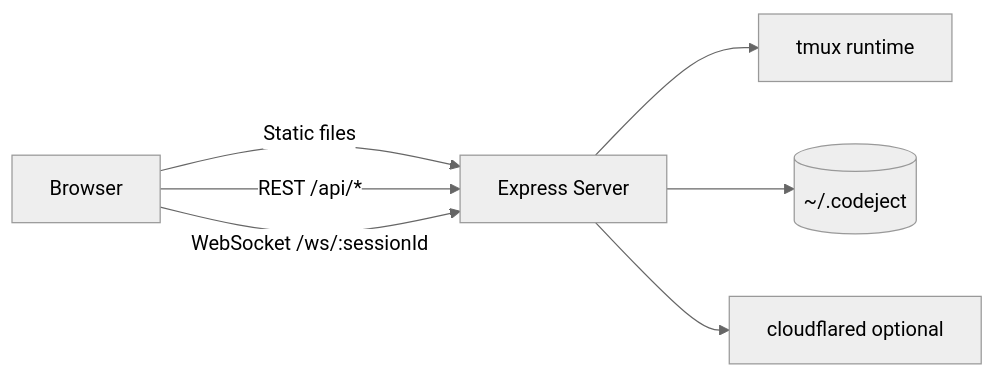
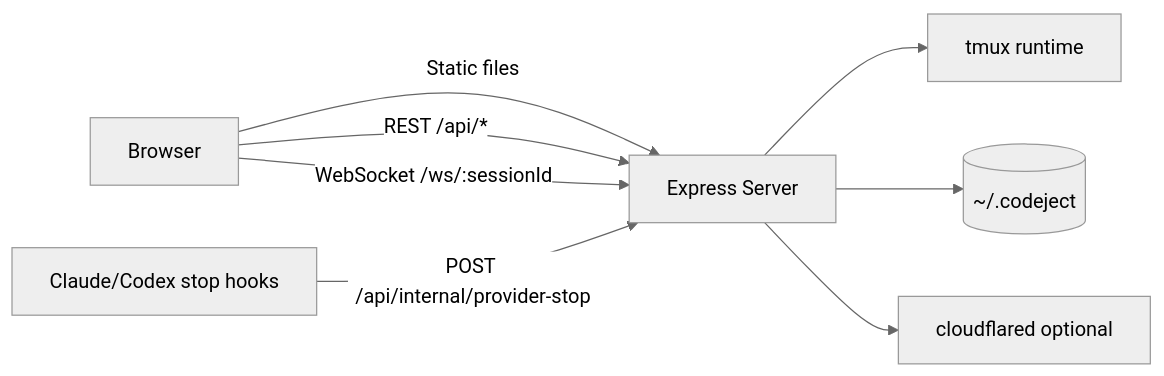
Before and after one commit to bruksama/codeject: the first of 4 diagrams in docs/en/architecture.md, drawn with Mermaid (neutral theme). The commit also changed other lines of this file and 10 other files, not shown here.

````diff
--- a/docs/en/architecture.md
+++ b/docs/en/architecture.md
@@ -7,9 +7,10 @@
 ```mermaid
 flowchart LR
   B[Browser] -->|Static files| E[Express Server]
   B -->|REST /api/*| E
   B -->|WebSocket /ws/:sessionId| E
+  H[Claude/Codex stop hooks] -->|POST /api/internal/provider-stop| E
   E --> T[tmux runtime]
   E --> F[(~/.codeject)]
   E --> C[cloudflared optional]
 ```
````
